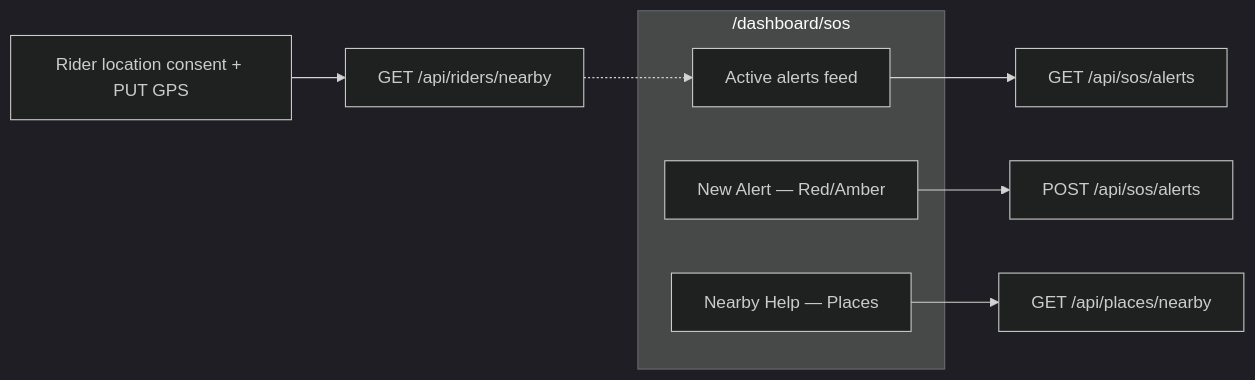
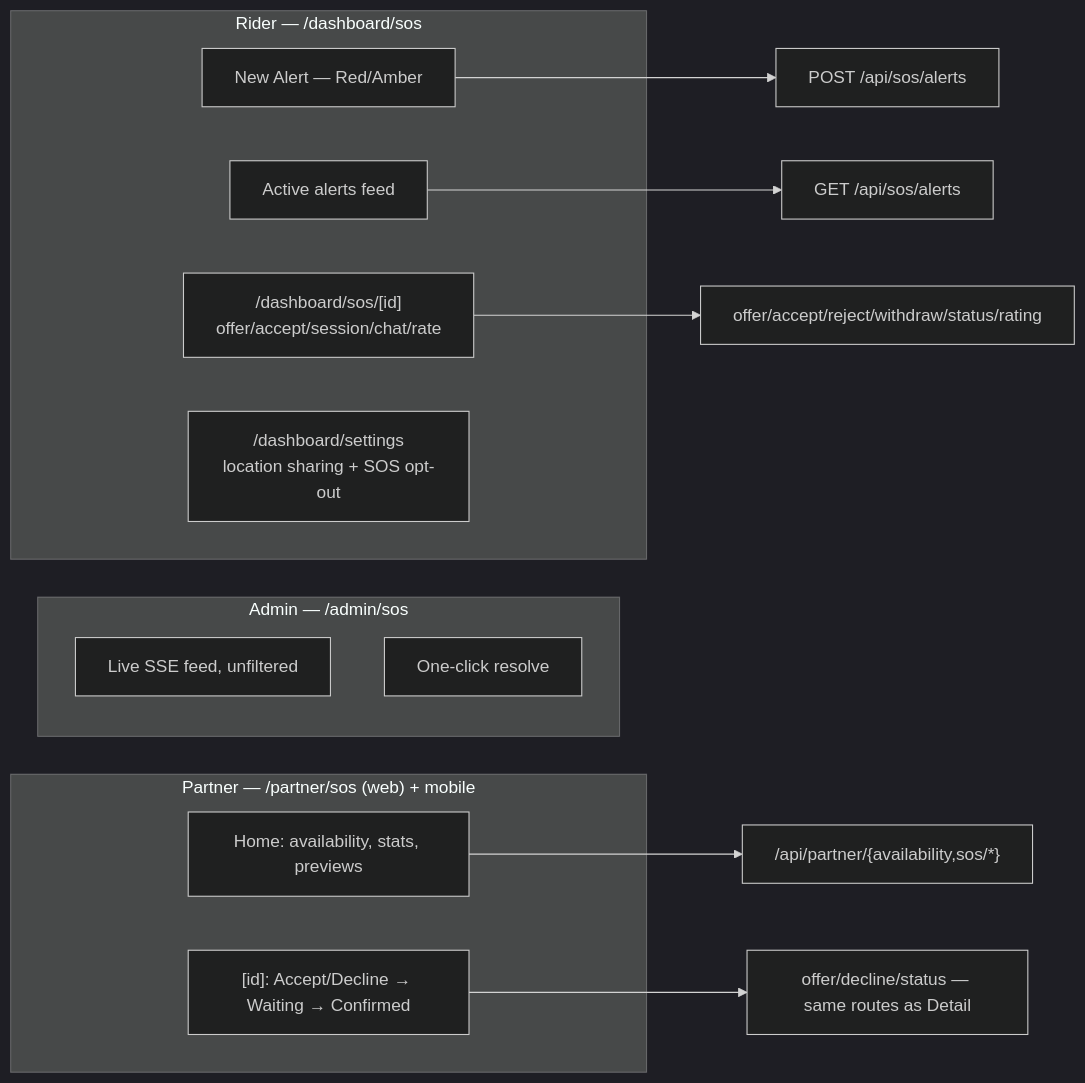
The fifth of 5 diagrams in .docs/SOS.md (RiteshKumarNitk/bikie), drawn with Mermaid (dark theme) before and after one commit. The commit also changed other lines of this file and 57 other files, not shown here.

Commit message:
feat: implement SOS alert system with location-based dispatch and partner response features

````diff
--- a/.docs/SOS.md
+++ b/.docs/SOS.md
@@ -238,15 +257,25 @@
 ```mermaid
 flowchart LR
-  subgraph SOS_Page["/dashboard/sos"]
+  subgraph Rider["Rider — /dashboard/sos"]
     New[New Alert — Red/Amber]
     Feed[Active alerts feed]
-    Help[Nearby Help — Places]
+    Detail["/dashboard/sos/[id]<br/>offer/accept/session/chat/rate"]
+    Settings["/dashboard/settings<br/>location sharing + SOS opt-out"]
+  end
+
+  subgraph Admin["Admin — /admin/sos"]
+    Live[Live SSE feed, unfiltered]
+    Resolve[One-click resolve]
+  end
+
+  subgraph Partner["Partner — /partner/sos (web) + mobile"]
+    PHome["Home: availability, stats, previews"]
+    PDetail["[id]: Accept/Decline → Waiting → Confirmed"]
   end
 
   New --> API1[POST /api/sos/alerts]
   Feed --> API2[GET /api/sos/alerts]
-  Help --> API3[GET /api/places/nearby]
-
-  Loc[Rider location consent + PUT GPS] --> Nearby[GET /api/riders/nearby]
-  Nearby -.-> Feed
+  Detail --> API3[offer/accept/reject/withdraw/status/rating]
+  PHome --> API4["/api/partner/{availability,sos/*}"]
+  PDetail --> API5["offer/decline/status — same routes as Detail"]
 ```
````
